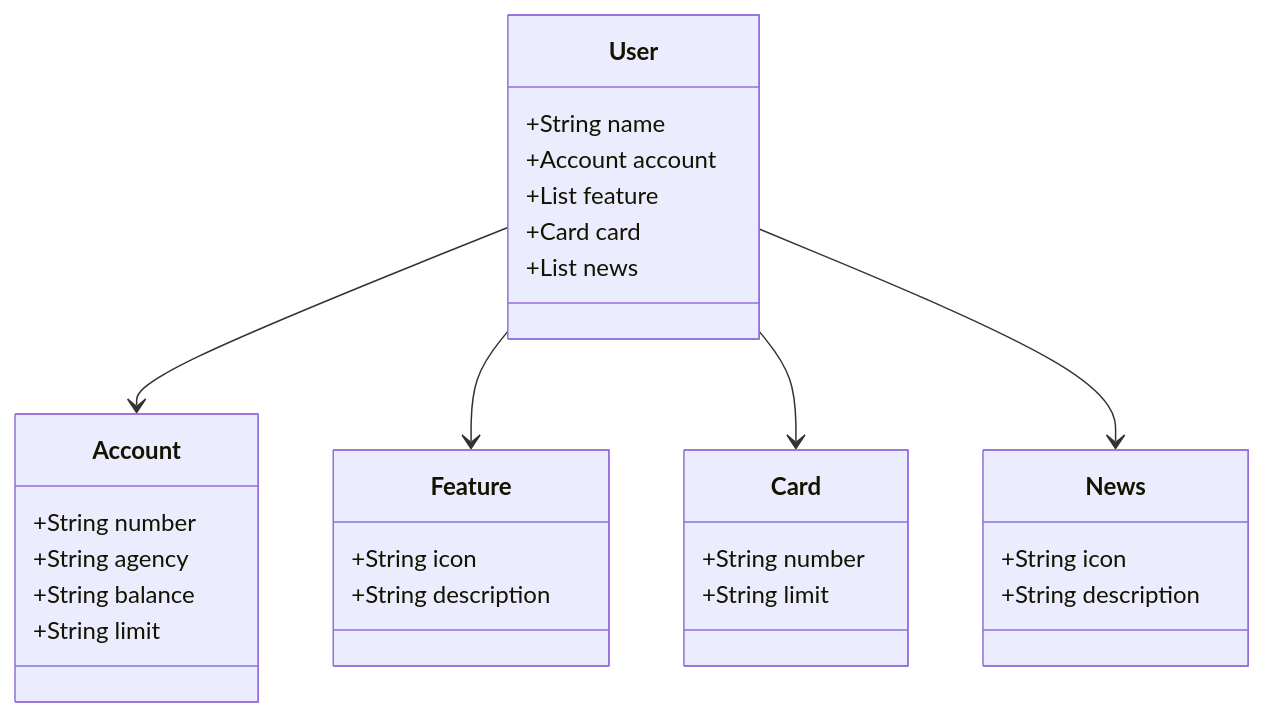
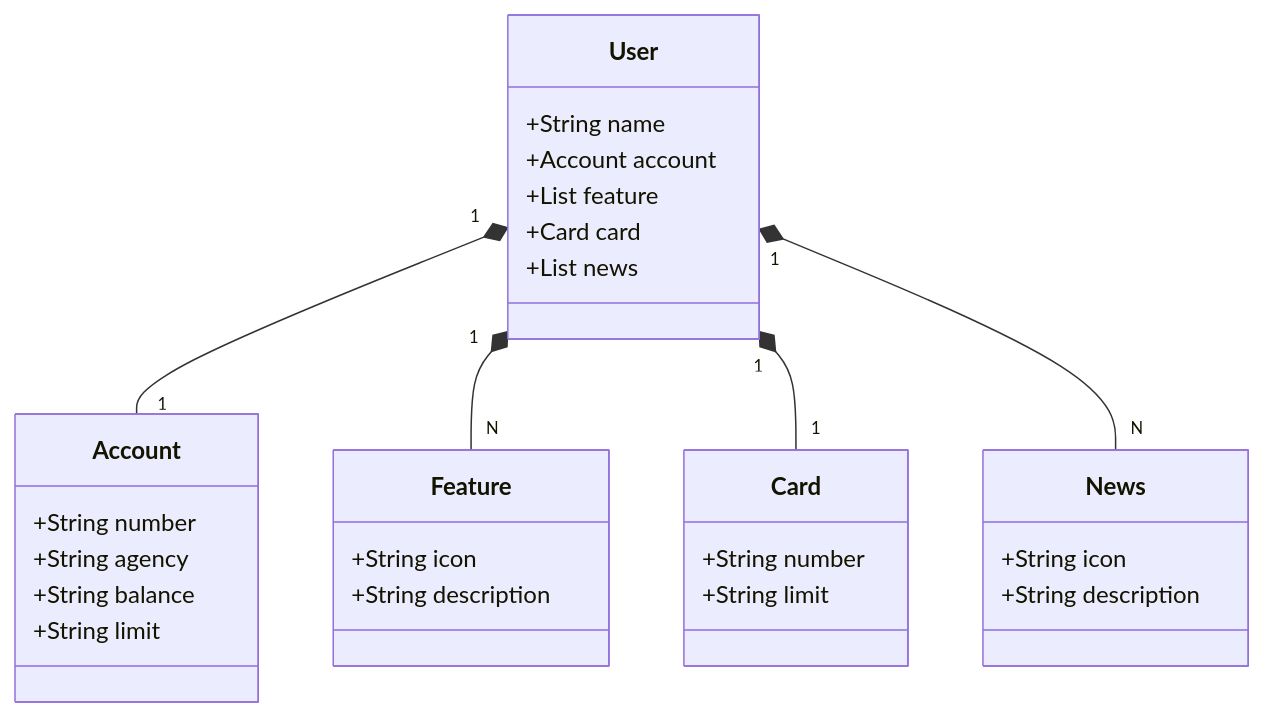
One commit to MatheusAAleixo/santander-dev-week-2024 changed the diagram in README.md. Above: the diagram before and after it, drawn with Mermaid.

````diff
--- a/README.md
+++ b/README.md
@@ -6,37 +6,37 @@
 ```mermaid
 classDiagram
     class User {
         +String name
         +Account account
         +List<Feature> feature
         +Card card
         +List<News> news
     }
 
     class Account {
         +String number
         +String agency
         +String balance
         +String limit
     }
 
     class Feature {
         +String icon
         +String description
     }
 
     class Card {
         +String number
         +String limit
     }
 
     class News {
         +String icon
         +String description
     }
 
-    User --> Account
-    User --> Feature
-    User --> Card
-    User --> News
+    User "1" *-- "1" Account
+    User "1" *-- "N" Feature
+    User "1" *-- "1" Card
+    User "1" *-- "N" News
 ```
````
